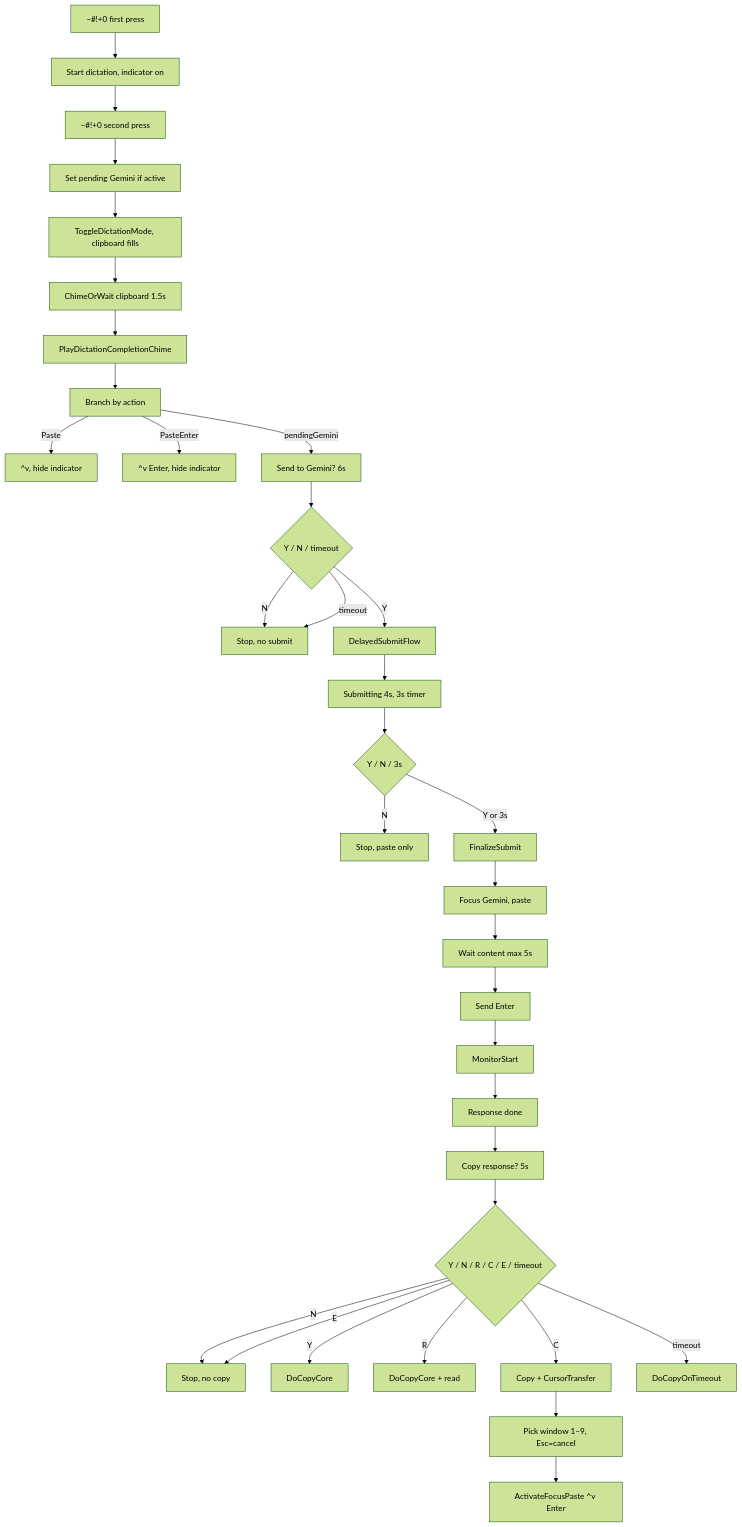
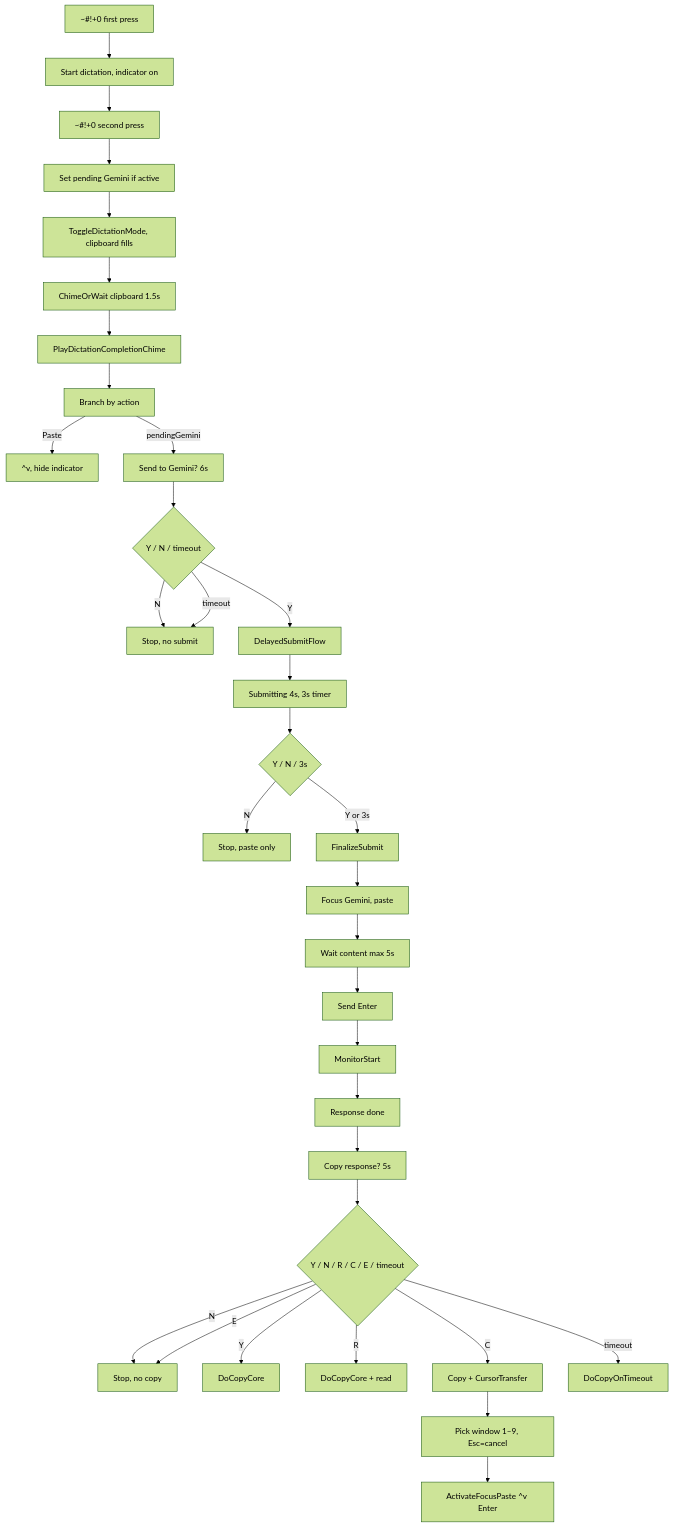
Before and after one commit to duducm2/scripts: the first of 2 diagrams in docs/dictation-to-gemini-cursor-flow.md, drawn with Mermaid (forest theme). The commit also changed other lines of this file and 4 other files, not shown here.

````diff
--- a/docs/dictation-to-gemini-cursor-flow.md
+++ b/docs/dictation-to-gemini-cursor-flow.md
@@ -7,37 +7,36 @@
 ```mermaid
 flowchart TB
     H0["~#!+0 first press"]
     H0 --> StartDict["Start dictation, indicator on"]
     StartDict --> H0Stop["~#!+0 second press"]
     H0Stop --> SetPending["Set pending Gemini if active"]
     SetPending --> ToggleMode["ToggleDictationMode, clipboard fills"]
     ToggleMode --> WaitClip["ChimeOrWait clipboard 1.5s"]
     WaitClip --> PlayChime["PlayDictationCompletionChime"]
     PlayChime --> Branch["Branch by action"]
     Branch --> |"Paste"| PasteOnly["^v, hide indicator"]
-    Branch --> |"PasteEnter"| PasteEnter["^v Enter, hide indicator"]
     Branch --> |"pendingGemini"| ShowAndWait["Send to Gemini? 6s"]
     ShowAndWait --> User6s{"Y / N / timeout"}
     User6s --> |"N"| Stop6s["Stop, no submit"]
     User6s --> |"timeout"| Stop6s
     User6s --> |"Y"| DelayedFlow["DelayedSubmitFlow"]
     DelayedFlow --> Banner4s["Submitting 4s, 3s timer"]
     Banner4s --> User4s{"Y / N / 3s"}
     User4s --> |"N"| Stop4s["Stop, paste only"]
     User4s --> |"Y or 3s"| Finalize["FinalizeSubmit"]
     Finalize --> PasteGemini["Focus Gemini, paste"]
     PasteGemini --> WaitContent["Wait content max 5s"]
     WaitContent --> SendEnter["Send Enter"]
     SendEnter --> StartMonitor["MonitorStart"]
     StartMonitor --> ResponseDone["Response done"]
     ResponseDone --> BannerCopy["Copy response? 5s"]
     BannerCopy --> UserCopy{"Y / N / R / C / E / timeout"}
     UserCopy --> |"N"| StopCopy["Stop, no copy"]
     UserCopy --> |"E"| StopCopy
     UserCopy --> |"Y"| DoCopyOnly["DoCopyCore"]
     UserCopy --> |"R"| DoCopyRead["DoCopyCore + read"]
     UserCopy --> |"C"| DoTransfer["Copy + CursorTransfer"]
     UserCopy --> |"timeout"| DoCopyTimeout["DoCopyOnTimeout"]
     DoTransfer --> SelectWin["Pick window 1–9, Esc=cancel"]
     SelectWin --> ActivatePaste["ActivateFocusPaste ^v Enter"]
 ```
````
